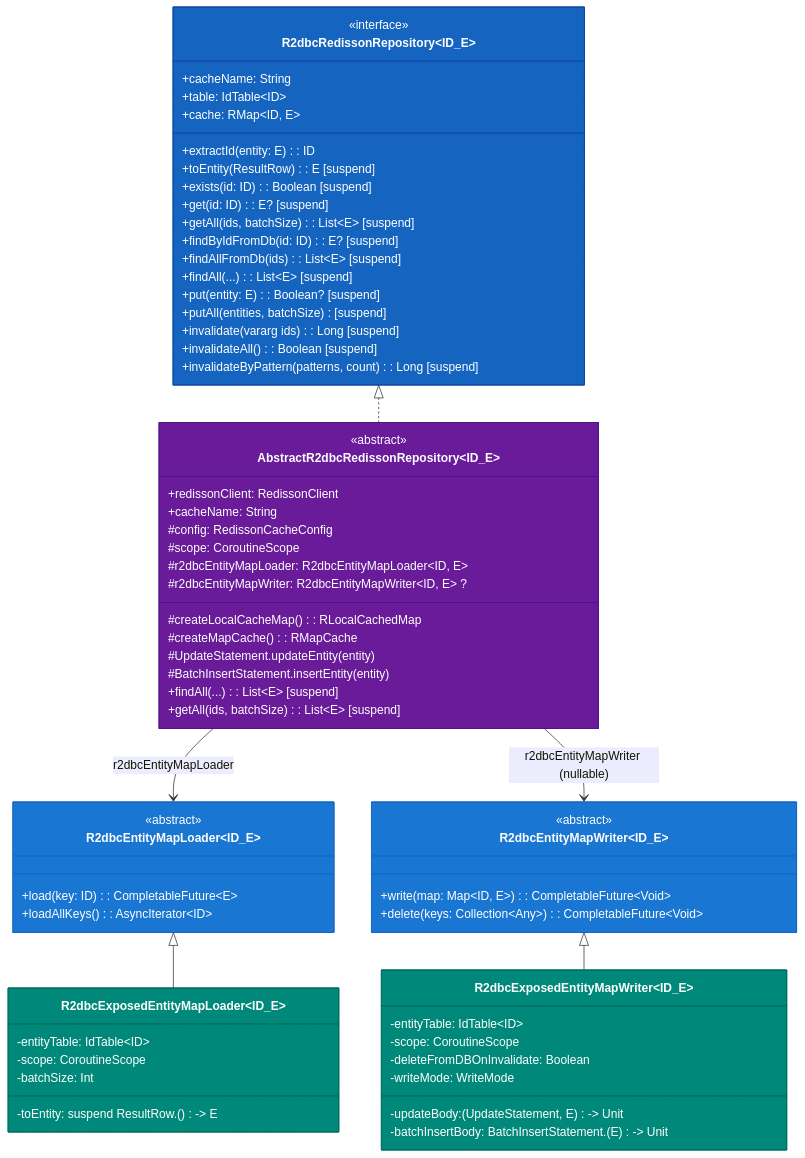
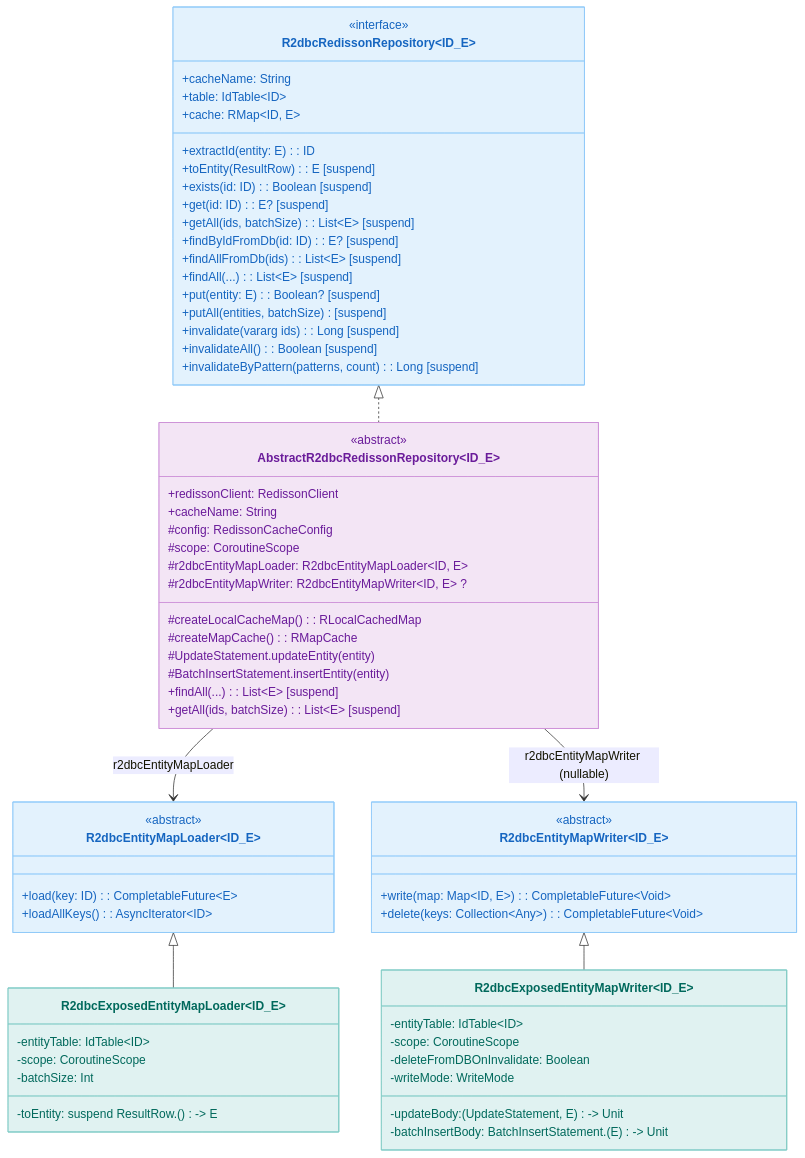
One commit to bluetape4k/bluetape4k-projects changed the second of 5 diagrams in data/exposed-r2dbc-redisson/README.md. Above: the diagram before and after it, drawn with Mermaid. The commit also changed other lines of this file and 219 other files, not shown here.

First line of the commit message:
docs: 전체 README Mermaid 다이어그램 가이드 적용

````diff
--- a/data/exposed-r2dbc-redisson/README.md
+++ b/data/exposed-r2dbc-redisson/README.md
@@ -155,79 +155,79 @@
 ```mermaid
 classDiagram
     class R2dbcRedissonRepository~ID_E~ {
 <<interface>>
 +cacheName: String
 +table: IdTable~ID~
 +cache: RMap~ID, E~
 +extractId(entity: E): ID
 +toEntity(ResultRow): E [suspend]
 +exists(id: ID): Boolean [suspend]
 +get(id: ID): E? [suspend]
 +getAll(ids, batchSize): List~E~ [suspend]
 +findByIdFromDb(id: ID): E? [suspend]
 +findAllFromDb(ids): List~E~ [suspend]
 +findAll(...): List~E~ [suspend]
 +put(entity: E): Boolean? [suspend]
 +putAll(entities, batchSize) [suspend]
 +invalidate(vararg ids): Long [suspend]
 +invalidateAll(): Boolean [suspend]
 +invalidateByPattern(patterns, count): Long [suspend]
 }
 
 class AbstractR2dbcRedissonRepository~ID_E~ {
 <<abstract>>
 +redissonClient: RedissonClient
 +cacheName: String
 #config: RedissonCacheConfig
 #scope: CoroutineScope
 #r2dbcEntityMapLoader: R2dbcEntityMapLoader~ID, E~
 #r2dbcEntityMapWriter: R2dbcEntityMapWriter~ID, E~ ?
 #createLocalCacheMap(): RLocalCachedMap
 #createMapCache(): RMapCache
 #UpdateStatement.updateEntity(entity)
 #BatchInsertStatement.insertEntity(entity)
 +findAll(...): List~E~ [suspend]
 +getAll(ids, batchSize): List~E~ [suspend]
 }
 
 class R2dbcEntityMapLoader~ID_E~ {
 <<abstract>>
 +load(key: ID): CompletableFuture~E~
 +loadAllKeys(): AsyncIterator~ID~
 }
 
 class R2dbcEntityMapWriter~ID_E~ {
 <<abstract>>
 +write(map: Map~ID, E~): CompletableFuture~Void~
 +delete(keys: Collection~Any~): CompletableFuture~Void~
 }
 
 class R2dbcExposedEntityMapLoader~ID_E~ {
 -entityTable: IdTable~ID~
 -scope: CoroutineScope
 -batchSize: Int
 -toEntity: suspend ResultRow.() -> E
  }
 
 class R2dbcExposedEntityMapWriter~ID_E~ {
 -entityTable: IdTable~ID~
 -scope: CoroutineScope
 -updateBody: (UpdateStatement, E) -> Unit
 -batchInsertBody: BatchInsertStatement.(E) -> Unit
 -deleteFromDBOnInvalidate: Boolean
 -writeMode: WriteMode
 }
 
 R2dbcRedissonRepository~ID_E~ <|.. AbstractR2dbcRedissonRepository~ID_E~
 AbstractR2dbcRedissonRepository~ID_E~ --> R2dbcEntityMapLoader~ID_E~: r2dbcEntityMapLoader
 AbstractR2dbcRedissonRepository~ID_E~ --> R2dbcEntityMapWriter~ID_E~: r2dbcEntityMapWriter (nullable)
 R2dbcEntityMapLoader~ID_E~ <|-- R2dbcExposedEntityMapLoader~ID_E~
 R2dbcEntityMapWriter~ID_E~ <|-- R2dbcExposedEntityMapWriter~ID_E~
 
-    style R2dbcRedissonRepository fill:#1565C0,stroke:#0D47A1,color:#FFFFFF
-    style AbstractR2dbcRedissonRepository fill:#6A1B9A,stroke:#4A148C,color:#FFFFFF
-    style R2dbcEntityMapLoader fill:#1976D2,stroke:#1565C0,color:#FFFFFF
-    style R2dbcEntityMapWriter fill:#1976D2,stroke:#1565C0,color:#FFFFFF
-    style R2dbcExposedEntityMapLoader fill:#00897B,stroke:#00695C,color:#FFFFFF
-    style R2dbcExposedEntityMapWriter fill:#00897B,stroke:#00695C,color:#FFFFFF
+    style R2dbcRedissonRepository fill:#E3F2FD,stroke:#90CAF9,color:#1565C0
+    style AbstractR2dbcRedissonRepository fill:#F3E5F5,stroke:#CE93D8,color:#6A1B9A
+    style R2dbcEntityMapLoader fill:#E3F2FD,stroke:#90CAF9,color:#1565C0
+    style R2dbcEntityMapWriter fill:#E3F2FD,stroke:#90CAF9,color:#1565C0
+    style R2dbcExposedEntityMapLoader fill:#E0F2F1,stroke:#80CBC4,color:#00695C
+    style R2dbcExposedEntityMapWriter fill:#E0F2F1,stroke:#80CBC4,color:#00695C
 ```
````
